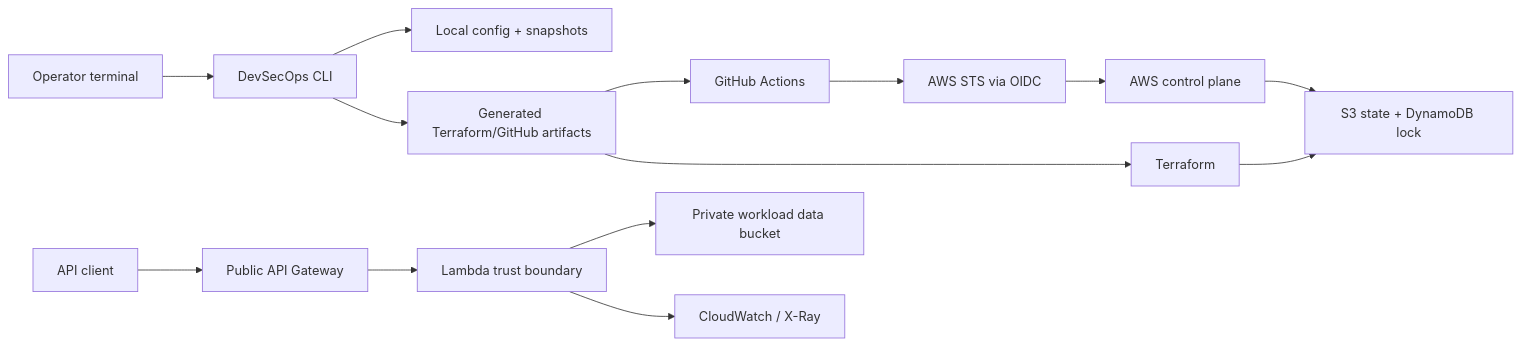
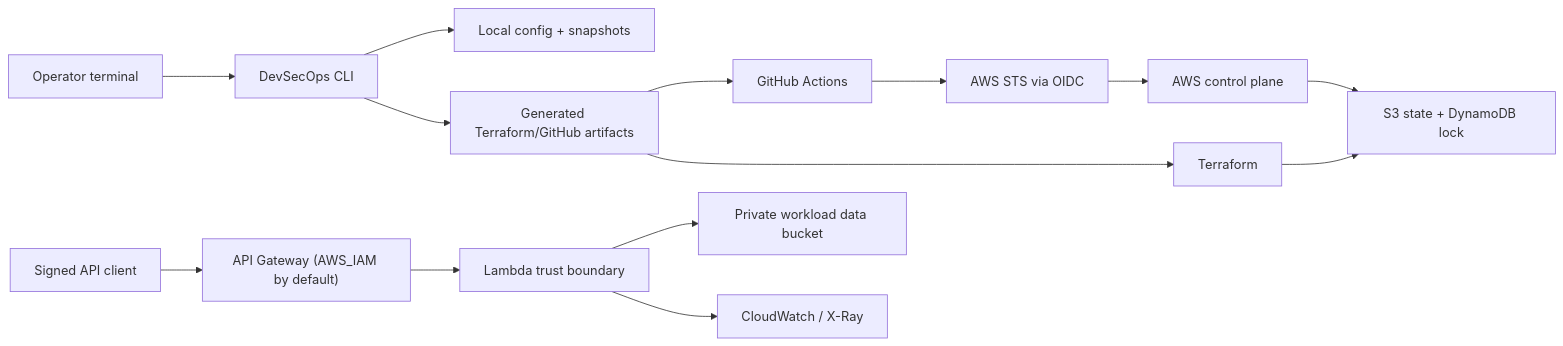
One commit to tidyOpposite/devsecops-serverless-aws-lambda changed the diagram in docs/security-model.md. Above: the diagram before and after it, drawn with Mermaid. The commit also changed other lines of this file and 43 other files, not shown here.

````diff
--- a/docs/security-model.md
+++ b/docs/security-model.md
@@ -25,16 +25,16 @@
 ```mermaid
 flowchart LR
   operator["Operator terminal"] --> cli["DevSecOps CLI"]
   cli --> localConfig["Local config + snapshots"]
   cli --> generated["Generated Terraform/GitHub artifacts"]
   generated --> github["GitHub Actions"]
   generated --> terraform["Terraform"]
-  user["API client"] --> api["Public API Gateway"]
+  user["Signed API client"] --> api["API Gateway (AWS_IAM by default)"]
   api --> lambda["Lambda trust boundary"]
   lambda --> s3["Private workload data bucket"]
   lambda --> logs["CloudWatch / X-Ray"]
   github --> oidc["AWS STS via OIDC"]
   terraform --> state["S3 state + DynamoDB lock"]
   oidc --> aws["AWS control plane"]
   aws --> state
 ```
````
